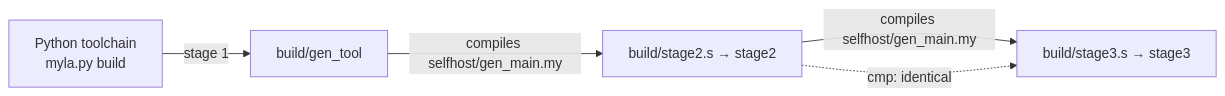
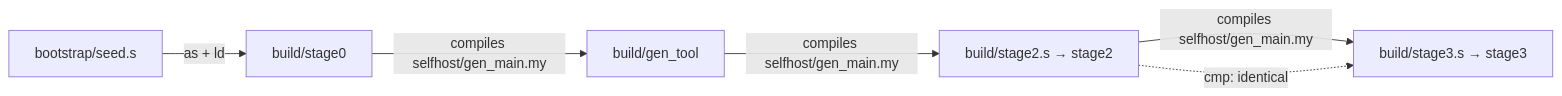
The diagram in docs/Development/Bootstrap.md (h3ll5ur7er/myla), drawn with Mermaid before and after one commit. The commit also changed other lines of this file and 9 other files, not shown here.

First line of the commit message:
The bootstrap starts from a committed assembly seed (MYLA-218, D101)

````diff
--- a/docs/Development/Bootstrap.md
+++ b/docs/Development/Bootstrap.md
@@ -9,7 +11,8 @@
 ```mermaid
 flowchart LR
-    py["Python toolchain<br/>myla.py build"] -->|stage 1| g["build/gen_tool"]
+    seed["bootstrap/seed.s"] -->|"as + ld"| s0["build/stage0"]
+    s0 -->|"compiles selfhost/gen_main.my"| g["build/gen_tool"]
     g -->|"compiles selfhost/gen_main.my"| s2["build/stage2.s → stage2"]
     s2 -->|"compiles selfhost/gen_main.my"| s3["build/stage3.s → stage3"]
     s2 -.->|"cmp: identical"| s3
 ```
````
